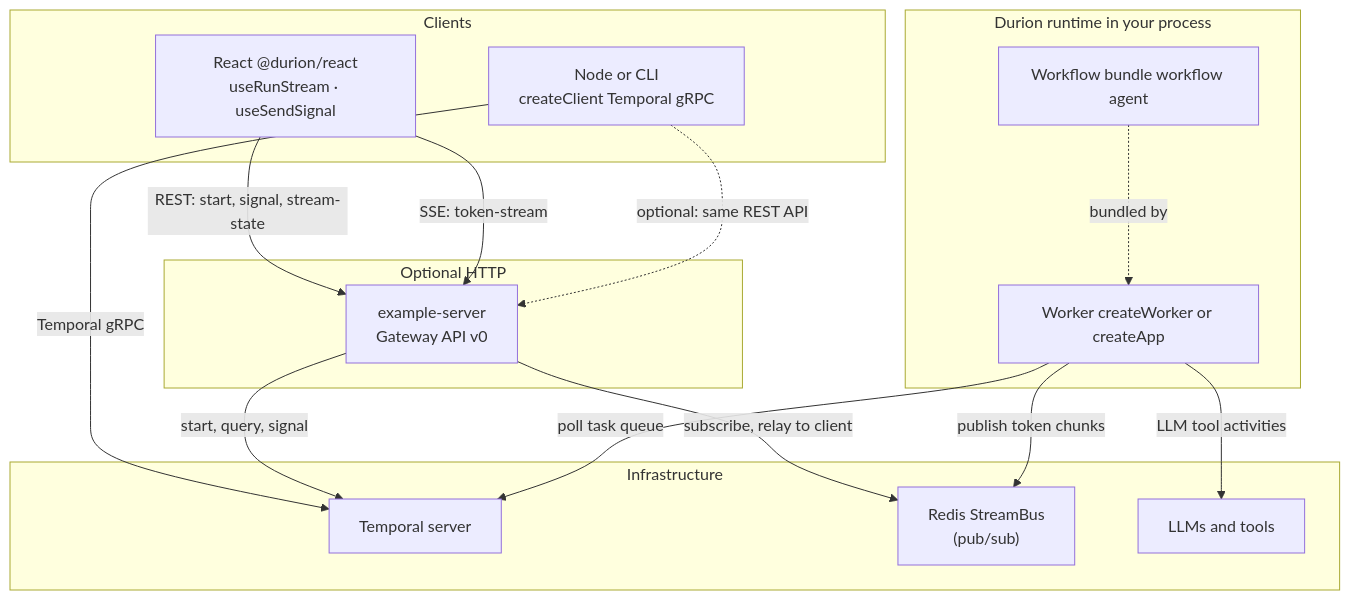
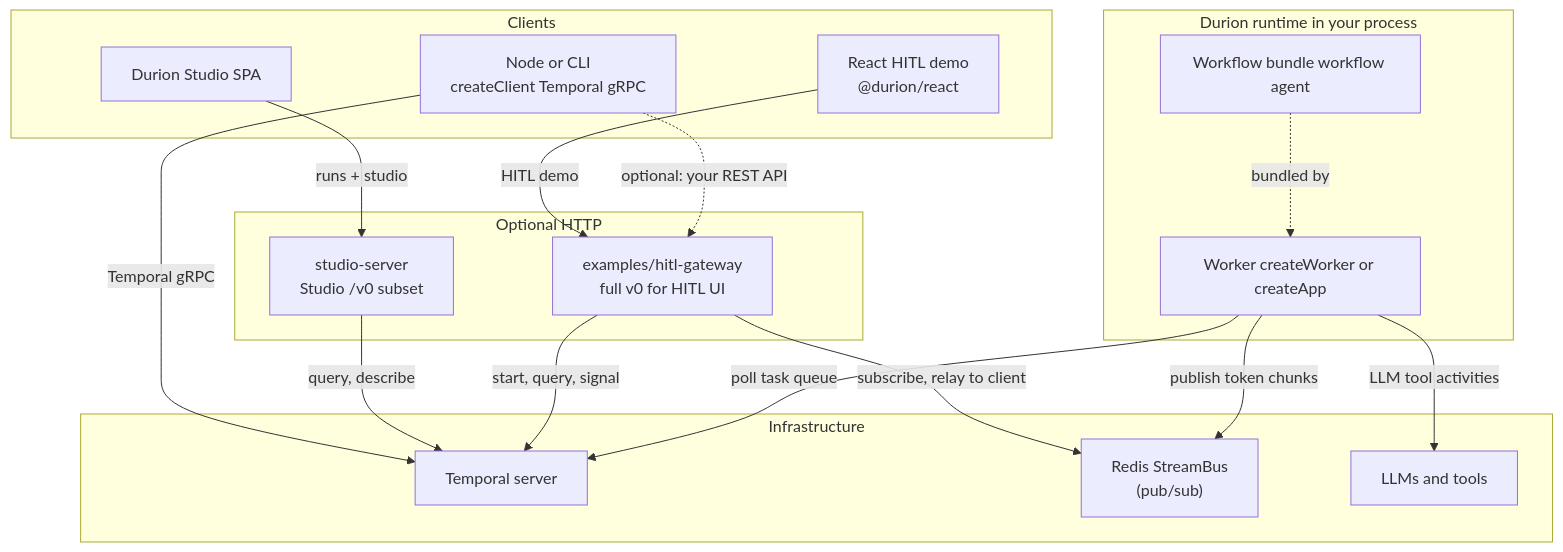
Before and after one commit to shaibusunnuma/Continuum: the diagram in README.md, drawn with Mermaid. The commit also changed other lines of this file and 44 other files, not shown here.

Commit message:
separate examples and studio gateway

````diff
--- a/README.md
+++ b/README.md
@@ -20,34 +20,37 @@
 ```mermaid
 flowchart TB
   subgraph clients [Clients]
-    ReactApp["React @durion/react\nuseRunStream · useSendSignal"]
+    ReactApp["React HITL demo\n@durion/react"]
+    StudioApp["Durion Studio SPA"]
     NodeClient["Node or CLI\ncreateClient Temporal gRPC"]
   end
 
   subgraph gatewayLayer [Optional HTTP]
-    ExampleSrv["example-server\nGateway API v0"]
+    ExampleSrv["studio-server\nStudio /v0 subset"]
+    HitlGw["examples/hitl-gateway\nfull v0 for HITL UI"]
   end
 
   subgraph durionRuntime [Durion runtime in your process]
     WorkerProc["Worker createWorker or createApp"]
     WfBundle["Workflow bundle workflow agent"]
   end
 
   subgraph external [Infrastructure]
     TemporalSrv["Temporal server"]
     RedisBus["Redis StreamBus\n(pub/sub)"]
     LLMProviders["LLMs and tools"]
   end
 
-  ReactApp -->|"REST: start, signal, stream-state"| ExampleSrv
-  ReactApp -->|"SSE: token-stream"| ExampleSrv
+  ReactApp -->|"HITL demo"| HitlGw
+  StudioApp["Durion Studio SPA"] -->|"runs + studio"| ExampleSrv
   NodeClient -->|"Temporal gRPC"| TemporalSrv
-  NodeClient -.->|"optional: same REST API"| ExampleSrv
-  ExampleSrv -->|"start, query, signal"| TemporalSrv
-  ExampleSrv -->|"subscribe, relay to client"| RedisBus
+  NodeClient -.->|"optional: your REST API"| HitlGw
+  ExampleSrv -->|"query, describe"| TemporalSrv
+  HitlGw -->|"start, query, signal"| TemporalSrv
+  HitlGw -->|"subscribe, relay to client"| RedisBus
 
   WfBundle -.->|"bundled by"| WorkerProc
   WorkerProc -->|"poll task queue"| TemporalSrv
   WorkerProc -->|"LLM tool activities"| LLMProviders
   WorkerProc -->|"publish token chunks"| RedisBus
 ```
````
